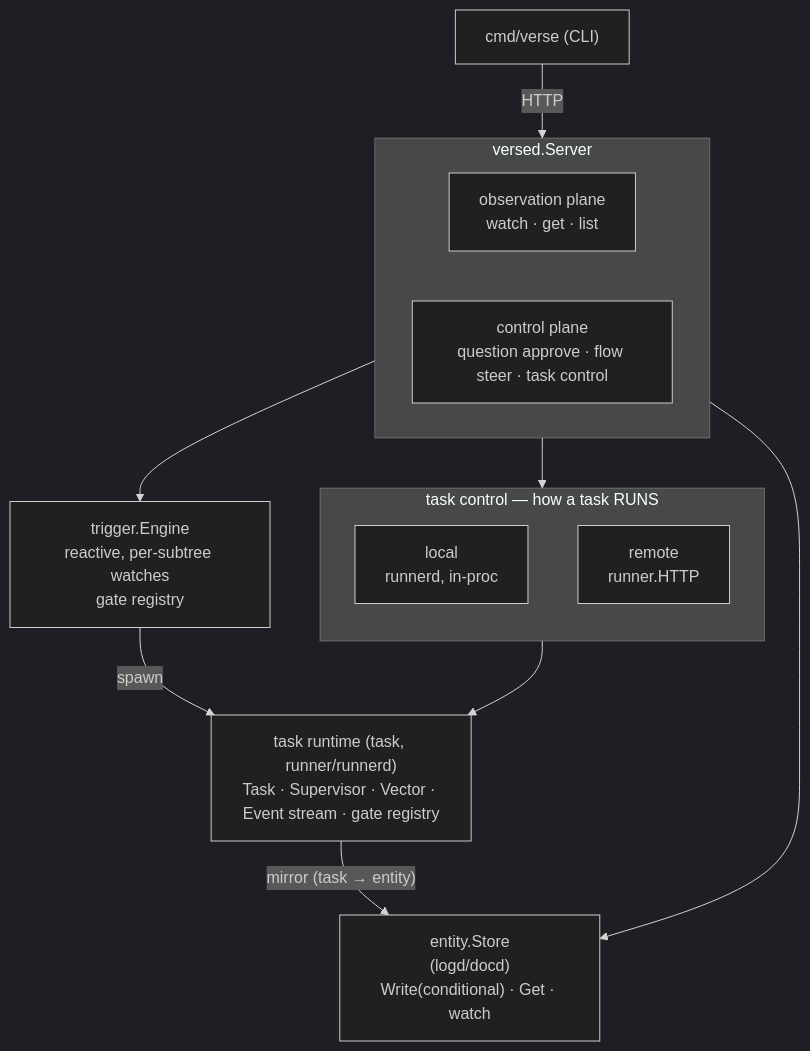
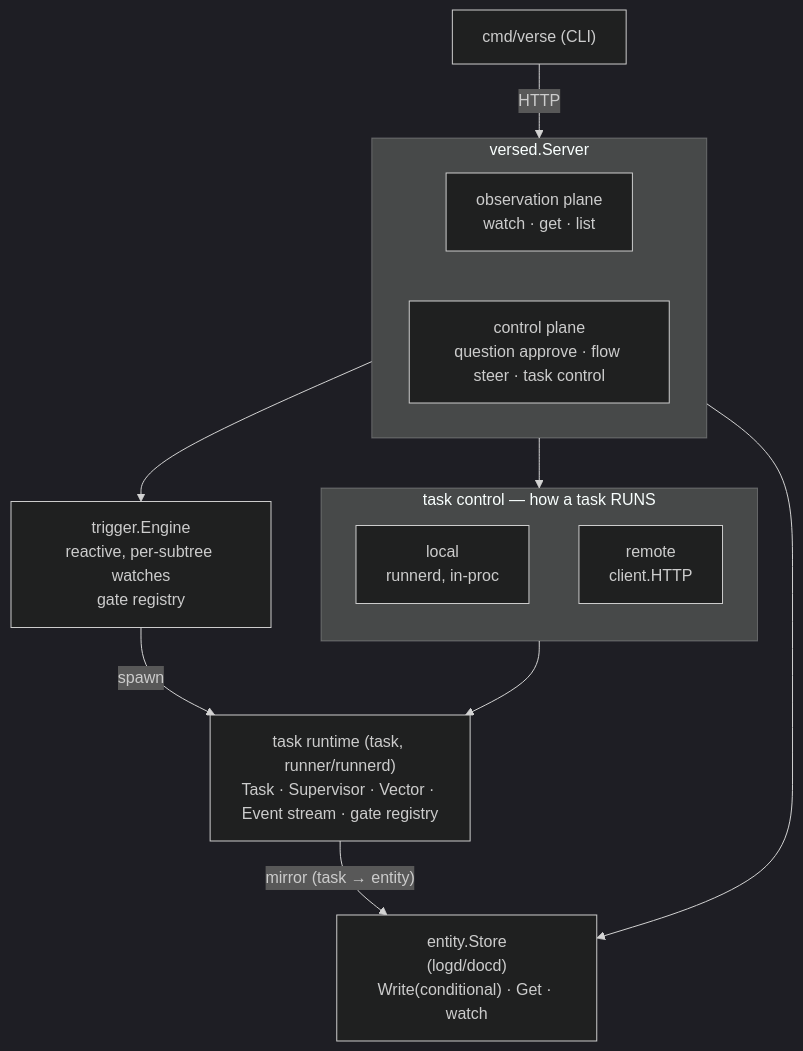
One commit to signadot/viff changed the diagram in docs/platform/architecture.md. Above: the diagram before and after it, drawn with Mermaid (dark theme). The commit also changed other lines of this file and 112 other files, not shown here.

````diff
--- a/docs/platform/architecture.md
+++ b/docs/platform/architecture.md
@@ -10,29 +10,29 @@
 ```mermaid
 flowchart TB
   cli["cmd/verse (CLI)"]
 
   subgraph versed["versed.Server"]
     direction LR
     obs["observation plane<br/>watch · get · list"]
     ctl["control plane<br/>question approve · flow steer · task control"]
   end
 
   store["entity.Store<br/>(logd/docd)<br/>Write(conditional) · Get · watch"]
   trig["trigger.Engine<br/>reactive, per-subtree watches<br/>gate registry"]
 
   subgraph run["task control — how a task RUNS"]
     direction TB
     local["local<br/>runnerd, in-proc"]
-    remote["remote<br/>runner.HTTP"]
+    remote["remote<br/>client.HTTP"]
   end
 
   rt["task runtime (task, runner/runnerd)<br/>Task · Supervisor · Vector · Event stream · gate registry"]
 
   cli -->|"HTTP"| versed
   obs --> store
   ctl --> trig
   ctl --> run
   trig -->|"spawn"| rt
   run --> rt
   rt -->|"mirror (task → entity)"| store
 ```
````
